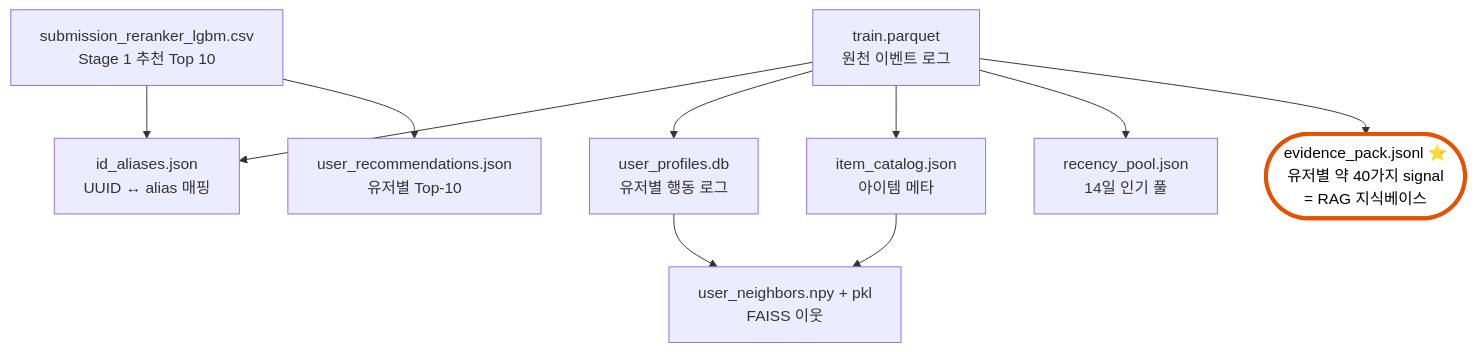
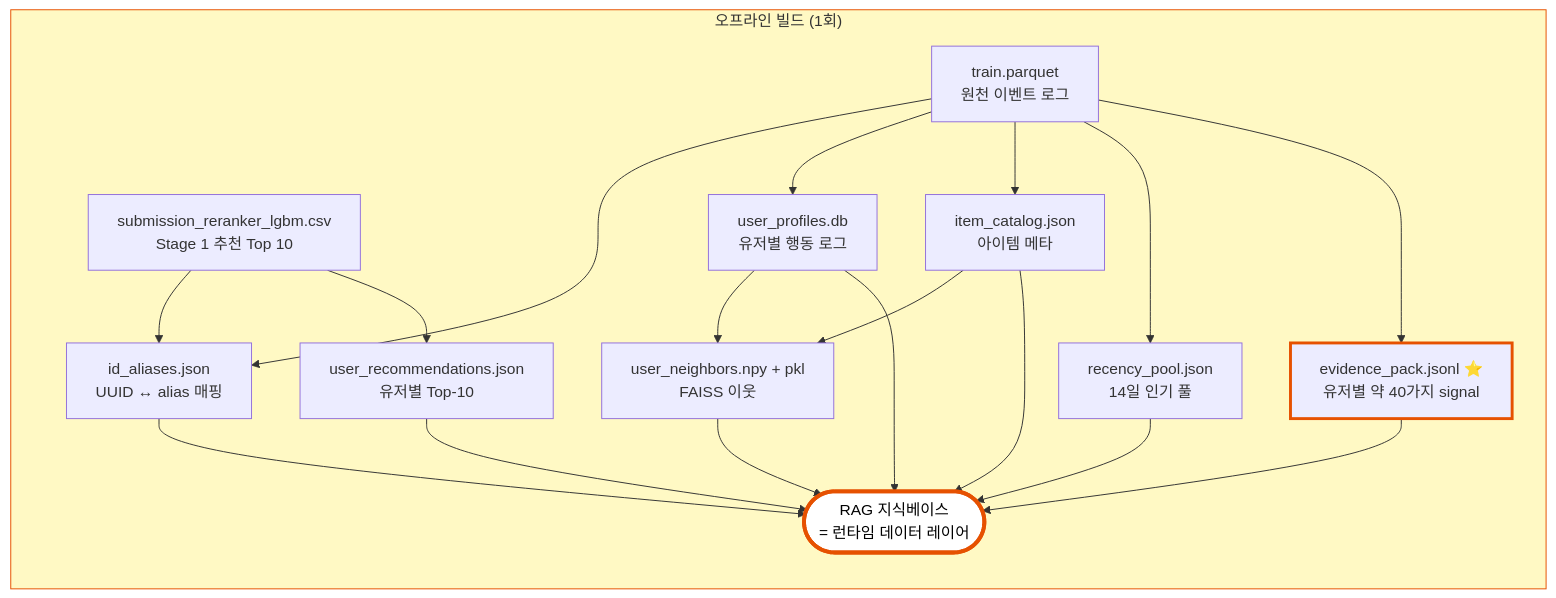
The second of 2 diagrams in service/README_mvp.md (yoon-chung/recsys-commerce), drawn with Mermaid before and after one commit. The commit also changed other lines of this file, not shown here.

````diff
--- a/service/README_mvp.md
+++ b/service/README_mvp.md
@@ -109,20 +109,33 @@
 ```mermaid
-%%{init: {'theme':'default', 'themeVariables': {'background':'#fff9c4'}}}%%
 flowchart TB
-  T[train.parquet<br/>원천 이벤트 로그]
-  S[submission_reranker_lgbm.csv<br/>Stage 1 추천 Top 10]
+  subgraph BG["오프라인 빌드 (1회)"]
+    direction TB
+    T[train.parquet<br/>원천 이벤트 로그]
+    S[submission_reranker_lgbm.csv<br/>Stage 1 추천 Top 10]
 
-  T --> A[id_aliases.json<br/>UUID ↔ alias 매핑]
-  S --> A
+    T --> A[id_aliases.json<br/>UUID ↔ alias 매핑]
+    S --> A
 
-  T --> P[user_profiles.db<br/>유저별 행동 로그]
-  T --> C[item_catalog.json<br/>아이템 메타]
-  S --> R[user_recommendations.json<br/>유저별 Top-10]
-  T --> Y[recency_pool.json<br/>14일 인기 풀]
-  T --> E([evidence_pack.jsonl ⭐<br/>유저별 약 40가지 signal<br/>= RAG 지식베이스])
+    T --> P[user_profiles.db<br/>유저별 행동 로그]
+    T --> C[item_catalog.json<br/>아이템 메타]
+    S --> R[user_recommendations.json<br/>유저별 Top-10]
+    T --> Y[recency_pool.json<br/>14일 인기 풀]
+    T --> E[evidence_pack.jsonl ⭐<br/>유저별 약 40가지 signal]
 
-  P --> F[user_neighbors.npy + pkl<br/>FAISS 이웃]
-  C --> F
+    P --> F[user_neighbors.npy + pkl<br/>FAISS 이웃]
+    C --> F
 
-  style E fill:#ffffff,stroke:#e65100,stroke-width:4px,color:#000
+    A --> KB
+    P --> KB
+    C --> KB
+    R --> KB
+    Y --> KB
+    E --> KB
+    F --> KB
+    KB([RAG 지식베이스<br/>= 런타임 데이터 레이어])
+  end
+
+  style BG fill:#fff9c4,stroke:#e65100,stroke-width:1px
+  style KB fill:#ffffff,stroke:#e65100,stroke-width:4px,color:#000
+  style E stroke:#e65100,stroke-width:3px
 ```
````
